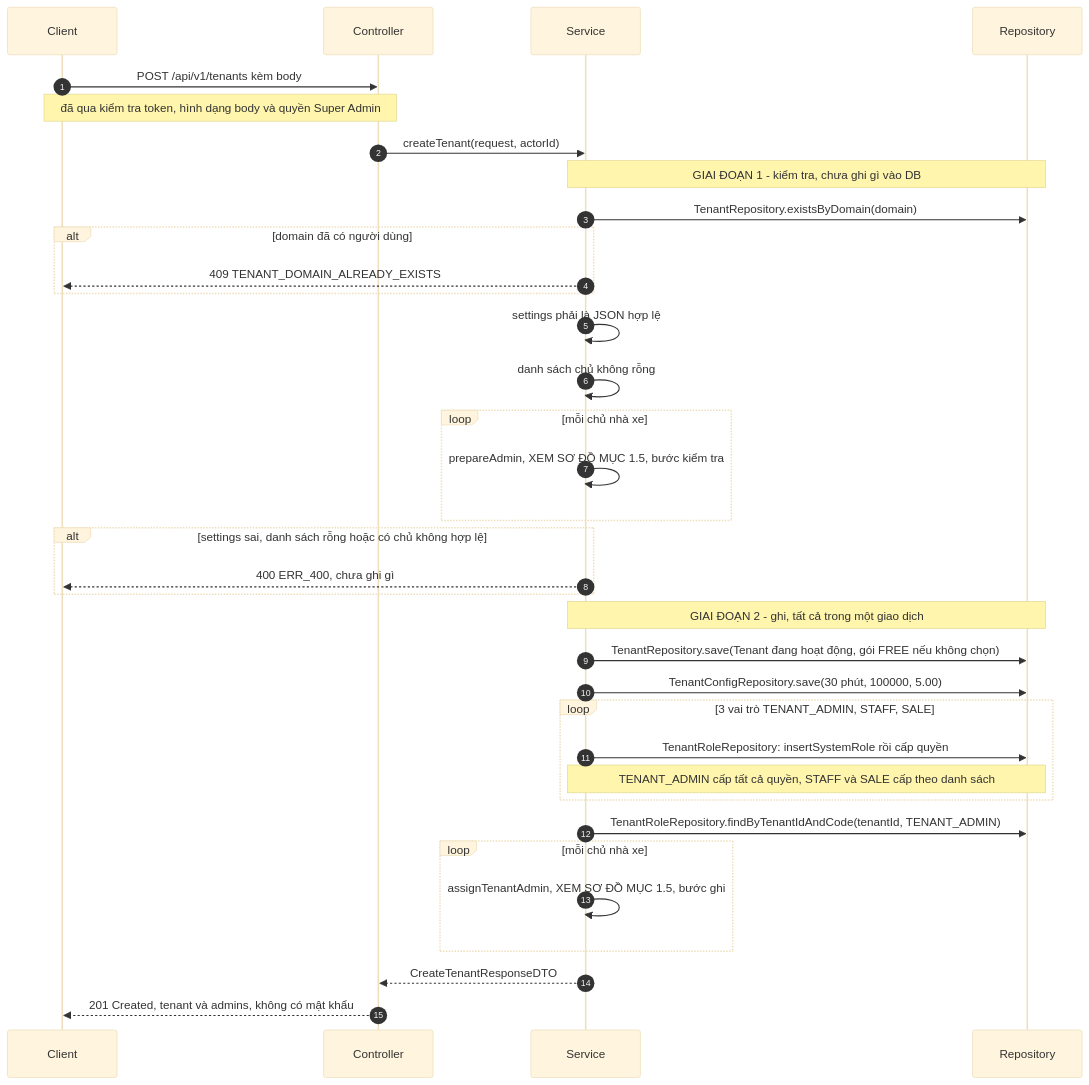
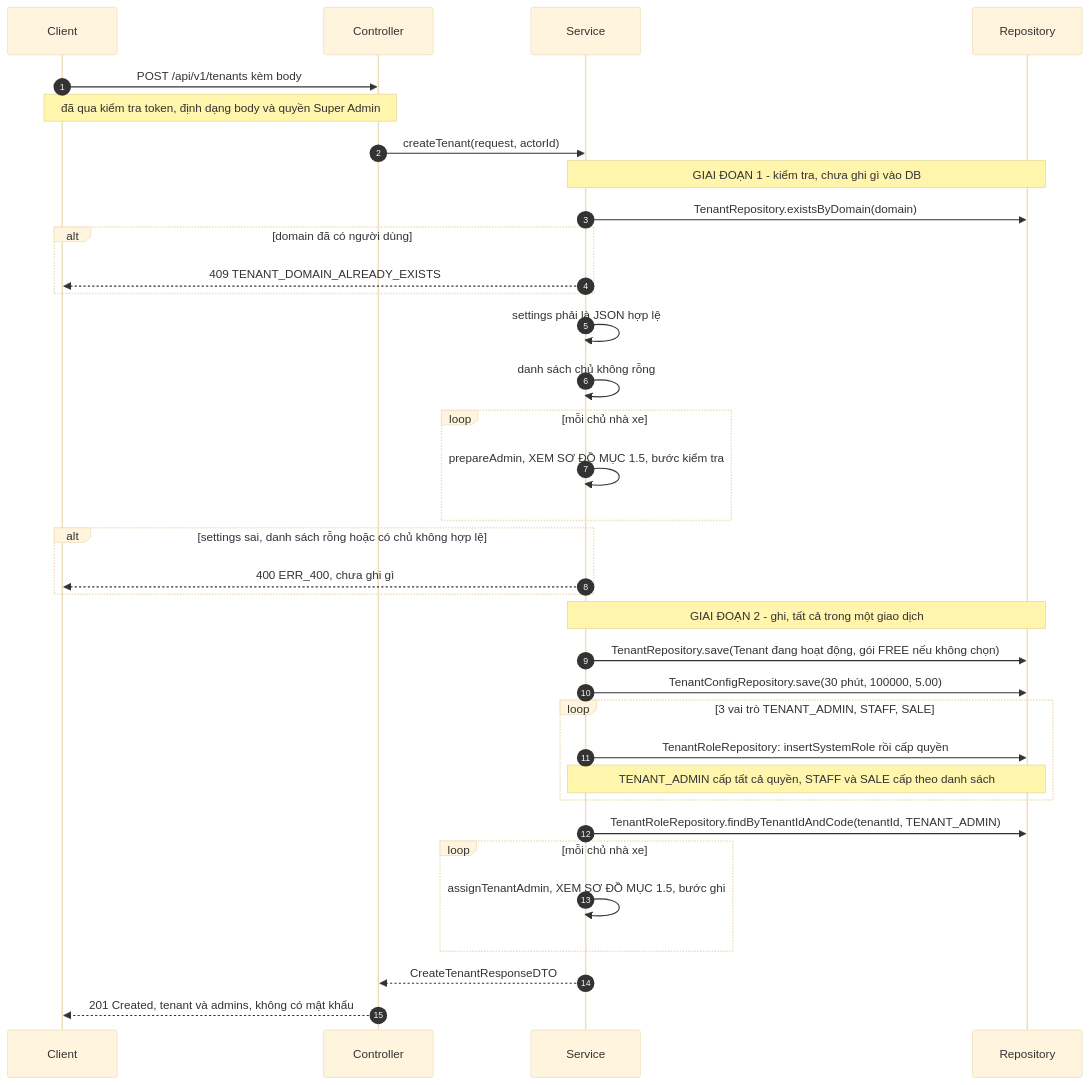
The third of 10 diagrams in docs/plans/tenant/2026-10-19-tenant-api-spec.md (foodboi88/car-rental-saas), drawn with Mermaid (base theme) before and after one commit. The commit also changed other lines of this file and 3 other files, not shown here.

````diff
--- a/docs/plans/tenant/2026-10-19-tenant-api-spec.md
+++ b/docs/plans/tenant/2026-10-19-tenant-api-spec.md
@@ -150,37 +150,37 @@
 ```mermaid
 sequenceDiagram
   autonumber
   participant C as Client
   participant K as Controller
   participant S as Service
   participant R as Repository
   C->>K: POST /api/v1/tenants kèm body
-  Note over C,K: đã qua kiểm tra token, hình dạng body và quyền Super Admin
+  Note over C,K: đã qua kiểm tra token, định dạng body và quyền Super Admin
   K->>S: createTenant(request, actorId)
   Note over S,R: GIAI ĐOẠN 1 - kiểm tra, chưa ghi gì vào DB
   S->>R: TenantRepository.existsByDomain(domain)
   alt domain đã có người dùng
     S-->>C: 409 TENANT_DOMAIN_ALREADY_EXISTS
   end
   S->>S: settings phải là JSON hợp lệ
   S->>S: danh sách chủ không rỗng
   loop mỗi chủ nhà xe
     S->>S: prepareAdmin, XEM SƠ ĐỒ MỤC 1.5, bước kiểm tra
   end
   alt settings sai, danh sách rỗng hoặc có chủ không hợp lệ
     S-->>C: 400 ERR_400, chưa ghi gì
   end
   Note over S,R: GIAI ĐOẠN 2 - ghi, tất cả trong một giao dịch
   S->>R: TenantRepository.save(Tenant đang hoạt động, gói FREE nếu không chọn)
   S->>R: TenantConfigRepository.save(30 phút, 100000, 5.00)
   loop 3 vai trò TENANT_ADMIN, STAFF, SALE
     S->>R: TenantRoleRepository: insertSystemRole rồi cấp quyền
     Note over S,R: TENANT_ADMIN cấp tất cả quyền, STAFF và SALE cấp theo danh sách
   end
   S->>R: TenantRoleRepository.findByTenantIdAndCode(tenantId, TENANT_ADMIN)
   loop mỗi chủ nhà xe
     S->>S: assignTenantAdmin, XEM SƠ ĐỒ MỤC 1.5, bước ghi
   end
   S-->>K: CreateTenantResponseDTO
   K-->>C: 201 Created, tenant và admins, không có mật khẩu
 ```
````
